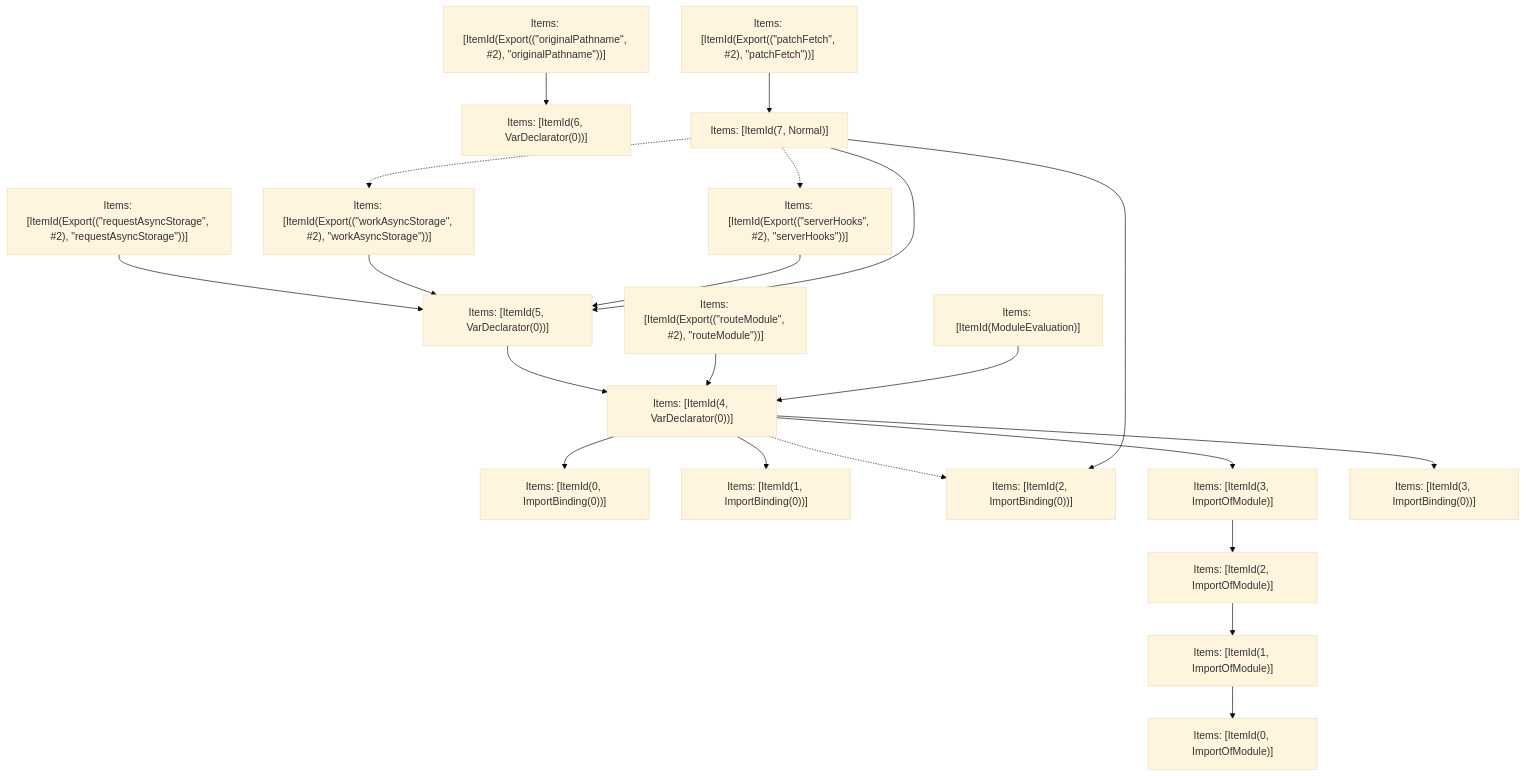
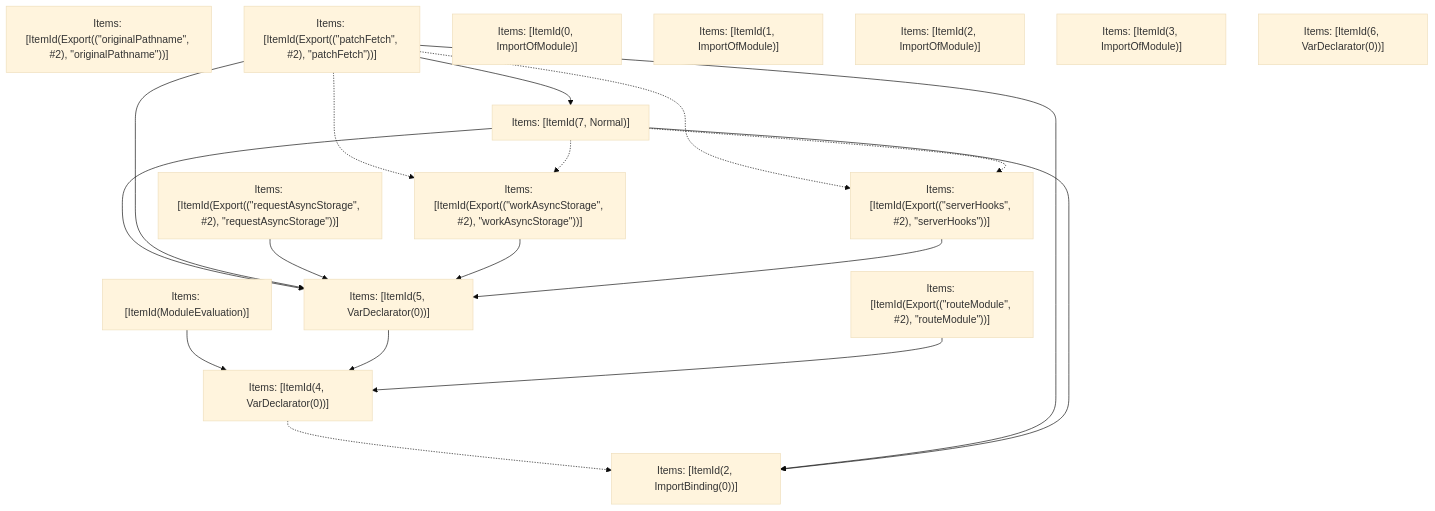
Before and after one commit to Sonar-UX-Testing-FreePlan/next.js: the fifth of 5 diagrams in turbopack/crates/turbopack-ecmascript/tests/tree-shaker/analyzer/app-route/output.md, drawn with Mermaid (base theme). The commit also changed other lines of this file and 38 other files, not shown here.

````diff
--- a/turbopack/crates/turbopack-ecmascript/tests/tree-shaker/analyzer/app-route/output.md
+++ b/turbopack/crates/turbopack-ecmascript/tests/tree-shaker/analyzer/app-route/output.md
@@ -325,42 +325,35 @@
 ```mermaid
 graph TD
     N0["Items: [ItemId(ModuleEvaluation)]"];
     N1["Items: [ItemId(Export((&quot;originalPathname&quot;, #2), &quot;originalPathname&quot;))]"];
     N2["Items: [ItemId(Export((&quot;patchFetch&quot;, #2), &quot;patchFetch&quot;))]"];
     N3["Items: [ItemId(Export((&quot;requestAsyncStorage&quot;, #2), &quot;requestAsyncStorage&quot;))]"];
     N4["Items: [ItemId(Export((&quot;routeModule&quot;, #2), &quot;routeModule&quot;))]"];
     N5["Items: [ItemId(Export((&quot;serverHooks&quot;, #2), &quot;serverHooks&quot;))]"];
     N6["Items: [ItemId(Export((&quot;workAsyncStorage&quot;, #2), &quot;workAsyncStorage&quot;))]"];
-    N7["Items: [ItemId(0, ImportOfModule)]"];
-    N8["Items: [ItemId(0, ImportBinding(0))]"];
-    N9["Items: [ItemId(1, ImportOfModule)]"];
-    N10["Items: [ItemId(1, ImportBinding(0))]"];
-    N11["Items: [ItemId(2, ImportOfModule)]"];
-    N12["Items: [ItemId(2, ImportBinding(0))]"];
-    N13["Items: [ItemId(3, ImportOfModule)]"];
-    N14["Items: [ItemId(3, ImportBinding(0))]"];
-    N15["Items: [ItemId(4, VarDeclarator(0))]"];
-    N16["Items: [ItemId(5, VarDeclarator(0))]"];
-    N17["Items: [ItemId(6, VarDeclarator(0))]"];
-    N18["Items: [ItemId(7, Normal)]"];
-    N9 --> N7;
-    N11 --> N9;
-    N13 --> N11;
-    N15 --> N8;
-    N15 --> N10;
-    N15 --> N14;
-    N15 --> N13;
-    N15 -.-> N12;
-    N16 --> N15;
-    N4 --> N15;
-    N3 --> N16;
-    N6 --> N16;
-    N5 --> N16;
-    N1 --> N17;
-    N2 --> N18;
-    N18 --> N12;
-    N18 --> N16;
-    N18 -.-> N5;
-    N18 -.-> N6;
-    N0 --> N15;
+    N7["Items: [ItemId(2, ImportBinding(0))]"];
+    N8["Items: [ItemId(4, VarDeclarator(0))]"];
+    N9["Items: [ItemId(5, VarDeclarator(0))]"];
+    N10["Items: [ItemId(7, Normal)]"];
+    N11["Items: [ItemId(0, ImportOfModule)]"];
+    N12["Items: [ItemId(1, ImportOfModule)]"];
+    N13["Items: [ItemId(2, ImportOfModule)]"];
+    N14["Items: [ItemId(3, ImportOfModule)]"];
+    N15["Items: [ItemId(6, VarDeclarator(0))]"];
+    N10 --> N9;
+    N0 --> N8;
+    N2 -.-> N6;
+    N2 -.-> N5;
+    N2 --> N9;
+    N10 -.-> N6;
+    N8 -.-> N7;
+    N9 --> N8;
+    N4 --> N8;
+    N3 --> N9;
+    N6 --> N9;
+    N5 --> N9;
+    N2 --> N7;
+    N2 --> N10;
+    N10 --> N7;
+    N10 -.-> N5;
 ```
````
